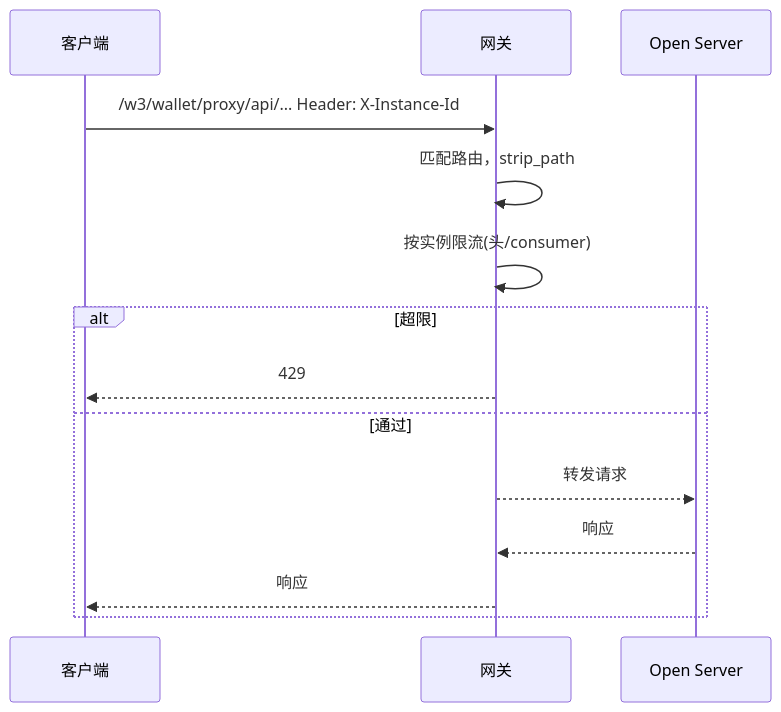
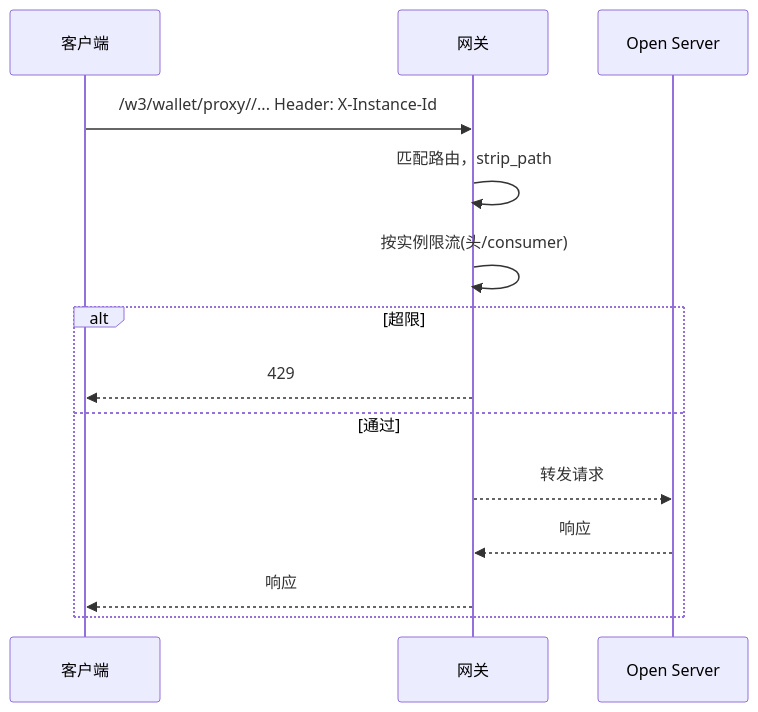
One commit to yingjianzh/iodraw-files changed the diagram in all/未命名-4.md. Above: the diagram before and after it, drawn with Mermaid.

Commit message:
2025-10-16 14:23:13 update

````diff
--- a/all/未命名-4.md
+++ b/all/未命名-4.md
@@ -1,17 +1,17 @@
 ```mermaid
 sequenceDiagram
     participant Client as 客户端
     participant Kong as 网关
     participant Open as Open Server
 
-    Client->>Kong: /w3/wallet/proxy/api/...  Header: X-Instance-Id
+    Client->>Kong: /w3/wallet/proxy//...  Header: X-Instance-Id
     Kong->>Kong: 匹配路由，strip_path
     Kong->>Kong: 按实例限流(头/consumer)
     alt 超限
       Kong-->>Client: 429
     else 通过
       Kong-->>Open: 转发请求
       Open-->>Kong: 响应
       Kong-->>Client: 响应
     end
 ```
````
